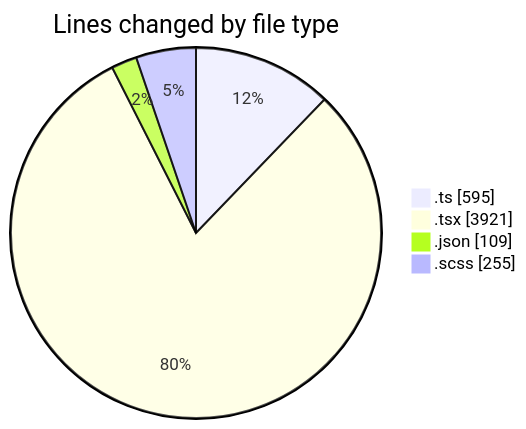
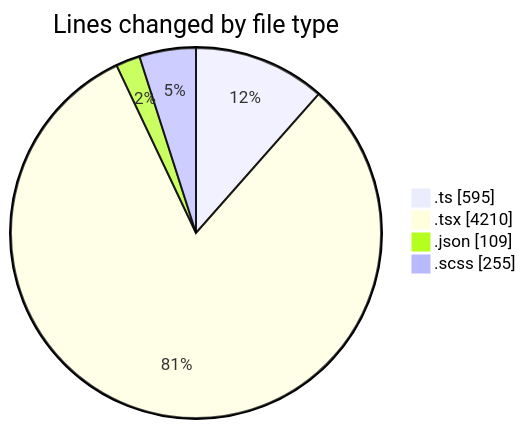
The first of 2 diagrams in 2025-07-04/cda/README.md (momahboobian/code-tracking), drawn with Mermaid before and after one commit. The commit also changed other lines of this file and 1 other file, not shown here.

````diff
--- a/2025-07-04/cda/README.md
+++ b/2025-07-04/cda/README.md
@@ -35,8 +37,8 @@
 ```mermaid
 pie showData
 title Lines changed by file type
 ".ts" : 595
-".tsx" : 3921
+".tsx" : 4210
 ".json" : 109
 ".scss" : 255
 ```
````
